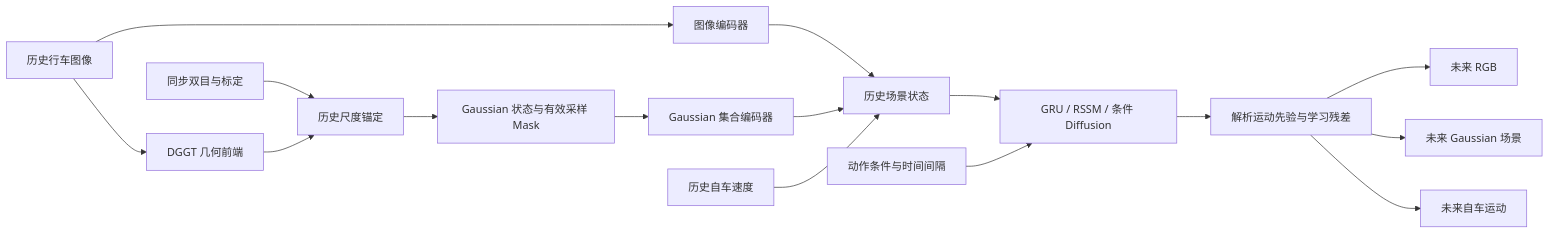
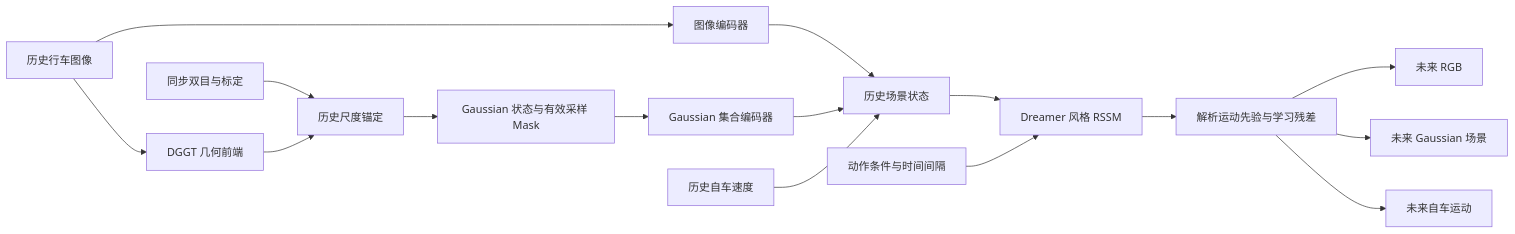
Before and after one commit to Quan2630345594/DriveGaussianWorld: the diagram in README.md, drawn with Mermaid. The commit also changed other lines of this file and 35 other files, not shown here.

Commit message:
Focus on Dreamer RSSM and cache all KITTI driving sequences

````diff
--- a/README.md
+++ b/README.md
@@ -30,18 +30,18 @@
 ```mermaid
 flowchart LR
     A[历史行车图像] --> B[DGGT 几何前端]
     S[同步双目与标定] --> M[历史尺度锚定]
     B --> M
     M --> G[Gaussian 状态与有效采样 Mask]
     A --> E[图像编码器]
     G --> Q[Gaussian 集合编码器]
     E --> H[历史场景状态]
     Q --> H
     V[历史自车速度] --> H
-    H --> D[GRU / RSSM / 条件 Diffusion]
+    H --> D[Dreamer 风格 RSSM]
     U[动作条件与时间间隔] --> D
     D --> P[解析运动先验与学习残差]
     P --> I[未来 RGB]
     P --> F[未来 Gaussian 场景]
     P --> T[未来自车运动]
 ```
````
